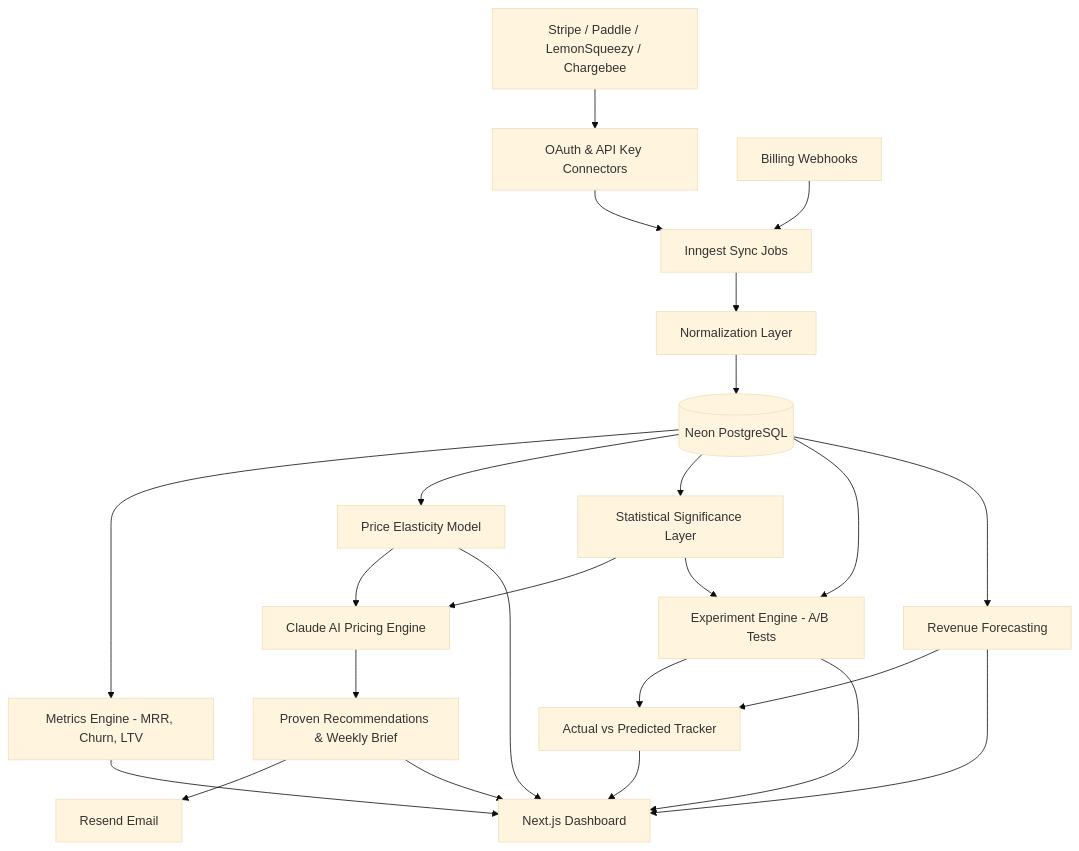
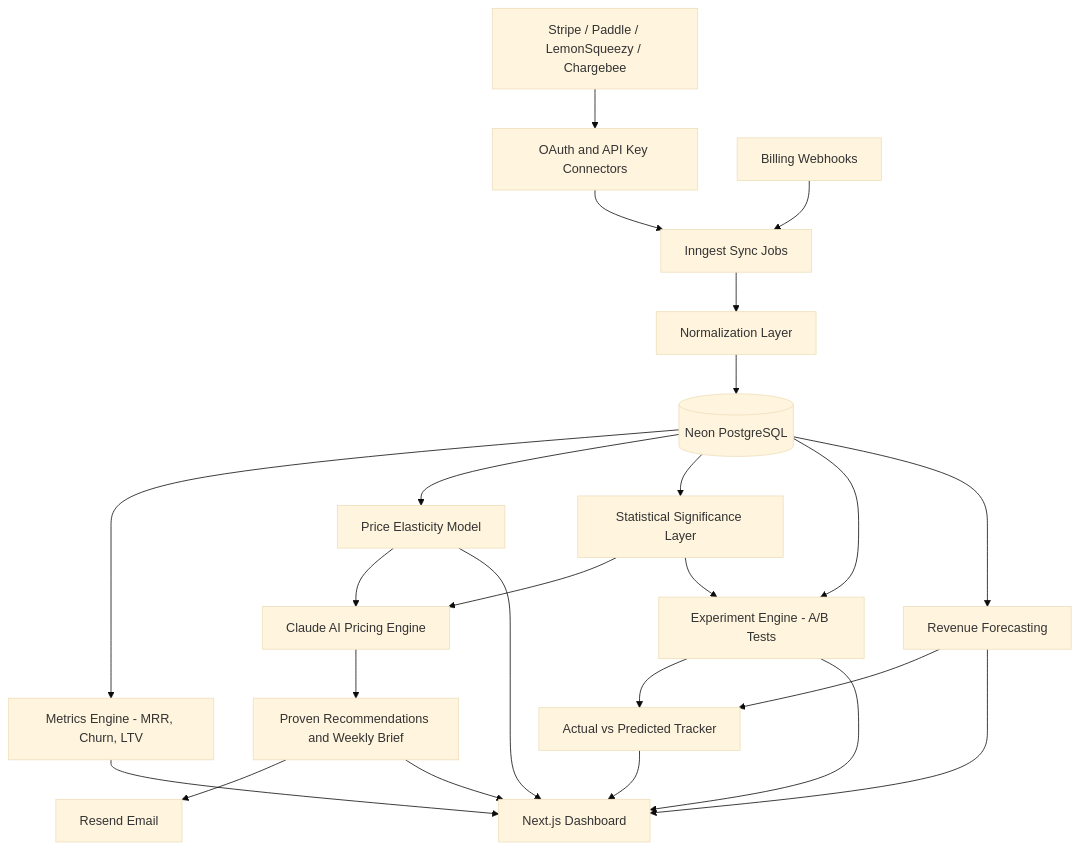
The second of 2 diagrams in README.md (merickarpat/merickarpat), drawn with Mermaid (base theme) before and after one commit. The commit also changed other lines of this file, not shown here.

First line of the commit message:
Render architecture diagrams as images for mobile compatibility

````diff
--- a/README.md
+++ b/README.md
@@ -118,31 +129,26 @@
 ```mermaid
 flowchart TB
-  stripe[Stripe / Paddle / LemonSqueezy / Chargebee] --> connect[OAuth & API Key Connectors]
+  stripe[Stripe / Paddle / LemonSqueezy / Chargebee] --> connect[OAuth and API Key Connectors]
   connect --> sync[Inngest Sync Jobs]
   webhooks[Billing Webhooks] --> sync
-
   sync --> normalize[Normalization Layer]
   normalize --> db[(Neon PostgreSQL)]
-
   db --> metrics[Metrics Engine - MRR, Churn, LTV]
   db --> elasticity[Price Elasticity Model]
   db --> stats[Statistical Significance Layer]
-
   elasticity --> ai[Claude AI Pricing Engine]
   stats --> ai
-  ai --> insights[Proven Recommendations & Weekly Brief]
-
+  ai --> insights[Proven Recommendations and Weekly Brief]
   db --> experiments[Experiment Engine - A/B Tests]
   stats --> experiments
   db --> forecast[Revenue Forecasting]
   experiments --> impact[Actual vs Predicted Tracker]
   forecast --> impact
-
   insights --> resend[Resend Email]
   metrics --> dashboard[Next.js Dashboard]
   insights --> dashboard
   experiments --> dashboard
   forecast --> dashboard
   impact --> dashboard
   elasticity --> dashboard
 ```
````
